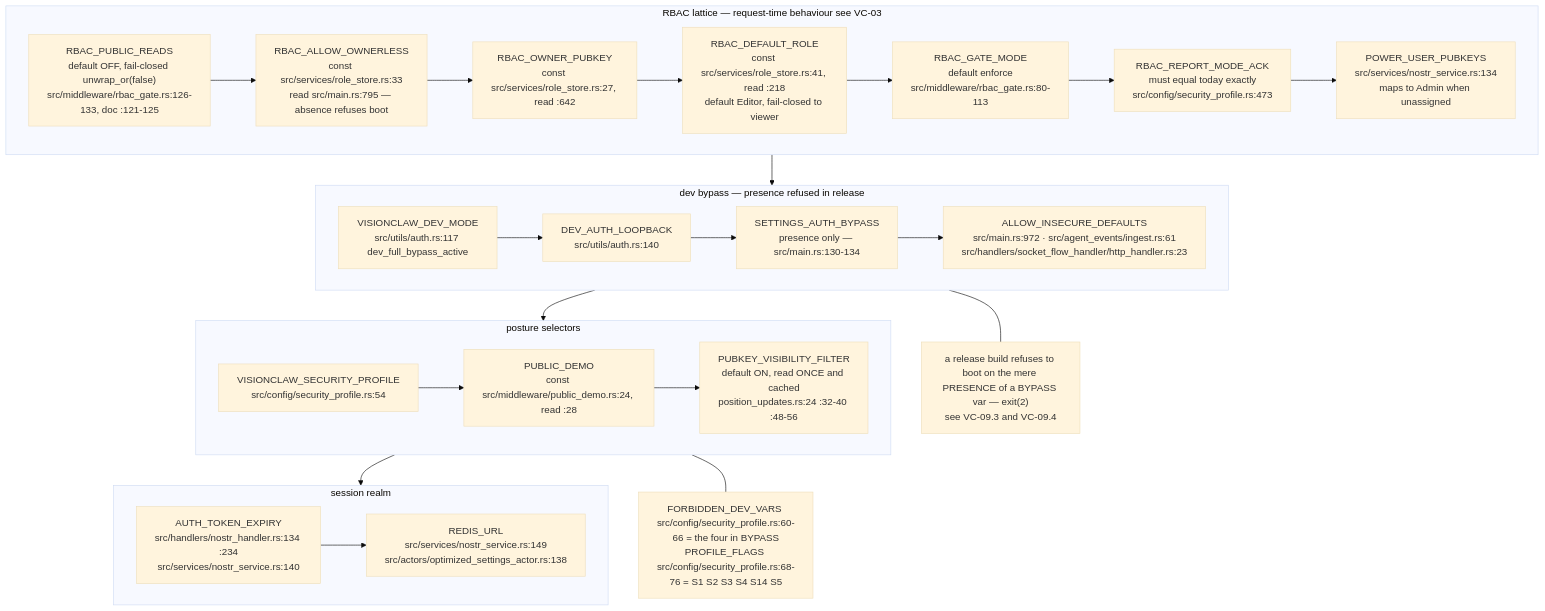
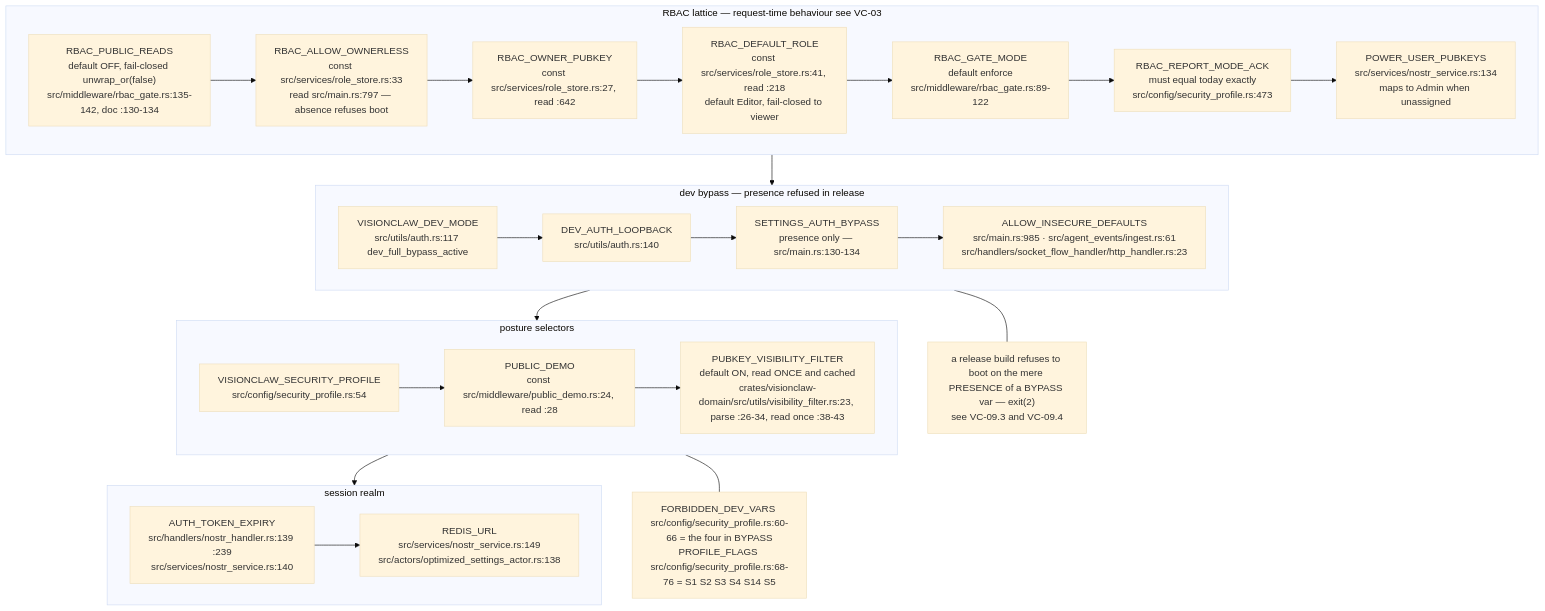
The ninth of 16 diagrams in docs/diagrams/visionclaw/09-config-and-env-flags.md (DreamLab-AI/VisionFlow), drawn with Mermaid (base theme) before and after one commit. The commit also changed other lines of this file and 160 other files, not shown here.

````diff
--- a/docs/diagrams/visionclaw/09-config-and-env-flags.md
+++ b/docs/diagrams/visionclaw/09-config-and-env-flags.md
@@ -409,20 +413,20 @@
 ```mermaid
 flowchart TB
     subgraph RBAC["RBAC lattice — request-time behaviour see VC-03"]
-        S1["RBAC_PUBLIC_READS<br/>default OFF, fail-closed unwrap_or(false)<br/>src/middleware/rbac_gate.rs:126-133, doc :121-125"] --> S2["RBAC_ALLOW_OWNERLESS<br/>const src/services/role_store.rs:33<br/>read src/main.rs:795 — absence refuses boot"] --> S3["RBAC_OWNER_PUBKEY<br/>const src/services/role_store.rs:27, read :642"] --> S4["RBAC_DEFAULT_ROLE<br/>const src/services/role_store.rs:41, read :218<br/>default Editor, fail-closed to viewer"] --> S5["RBAC_GATE_MODE<br/>default enforce<br/>src/middleware/rbac_gate.rs:80-113"] --> S6["RBAC_REPORT_MODE_ACK<br/>must equal today exactly<br/>src/config/security_profile.rs:473"] --> S7["POWER_USER_PUBKEYS<br/>src/services/nostr_service.rs:134<br/>maps to Admin when unassigned"]
+        S1["RBAC_PUBLIC_READS<br/>default OFF, fail-closed unwrap_or(false)<br/>src/middleware/rbac_gate.rs:135-142, doc :130-134"] --> S2["RBAC_ALLOW_OWNERLESS<br/>const src/services/role_store.rs:33<br/>read src/main.rs:797 — absence refuses boot"] --> S3["RBAC_OWNER_PUBKEY<br/>const src/services/role_store.rs:27, read :642"] --> S4["RBAC_DEFAULT_ROLE<br/>const src/services/role_store.rs:41, read :218<br/>default Editor, fail-closed to viewer"] --> S5["RBAC_GATE_MODE<br/>default enforce<br/>src/middleware/rbac_gate.rs:89-122"] --> S6["RBAC_REPORT_MODE_ACK<br/>must equal today exactly<br/>src/config/security_profile.rs:473"] --> S7["POWER_USER_PUBKEYS<br/>src/services/nostr_service.rs:134<br/>maps to Admin when unassigned"]
     end
     subgraph BYPASS["dev bypass — presence refused in release"]
-        S8["VISIONCLAW_DEV_MODE<br/>src/utils/auth.rs:117 dev_full_bypass_active"] --> S9["DEV_AUTH_LOOPBACK<br/>src/utils/auth.rs:140"] --> S10["SETTINGS_AUTH_BYPASS<br/>presence only — src/main.rs:130-134"] --> S11["ALLOW_INSECURE_DEFAULTS<br/>src/main.rs:972 · src/agent_events/ingest.rs:61<br/>src/handlers/socket_flow_handler/http_handler.rs:23"]
+        S8["VISIONCLAW_DEV_MODE<br/>src/utils/auth.rs:117 dev_full_bypass_active"] --> S9["DEV_AUTH_LOOPBACK<br/>src/utils/auth.rs:140"] --> S10["SETTINGS_AUTH_BYPASS<br/>presence only — src/main.rs:130-134"] --> S11["ALLOW_INSECURE_DEFAULTS<br/>src/main.rs:985 · src/agent_events/ingest.rs:61<br/>src/handlers/socket_flow_handler/http_handler.rs:23"]
     end
     subgraph POSTURE["posture selectors"]
-        S12["VISIONCLAW_SECURITY_PROFILE<br/>src/config/security_profile.rs:54"] --> S13["PUBLIC_DEMO<br/>const src/middleware/public_demo.rs:24, read :28"] --> S14["PUBKEY_VISIBILITY_FILTER<br/>default ON, read ONCE and cached<br/>position_updates.rs:24 :32-40 :48-56"]
+        S12["VISIONCLAW_SECURITY_PROFILE<br/>src/config/security_profile.rs:54"] --> S13["PUBLIC_DEMO<br/>const src/middleware/public_demo.rs:24, read :28"] --> S14["PUBKEY_VISIBILITY_FILTER<br/>default ON, read ONCE and cached<br/>crates/visionclaw-domain/src/utils/visibility_filter.rs:23, parse :26-34, read once :38-43"]
     end
     subgraph SESS["session realm"]
-        S15["AUTH_TOKEN_EXPIRY<br/>src/handlers/nostr_handler.rs:134 :234<br/>src/services/nostr_service.rs:140"] --> S16["REDIS_URL<br/>src/services/nostr_service.rs:149<br/>src/actors/optimized_settings_actor.rs:138"]
+        S15["AUTH_TOKEN_EXPIRY<br/>src/handlers/nostr_handler.rs:139 :239<br/>src/services/nostr_service.rs:140"] --> S16["REDIS_URL<br/>src/services/nostr_service.rs:149<br/>src/actors/optimized_settings_actor.rs:138"]
     end
     RBAC --> BYPASS --> POSTURE --> SESS
     N2["FORBIDDEN_DEV_VARS src/config/security_profile.rs:60-66 = the four in BYPASS<br/>PROFILE_FLAGS src/config/security_profile.rs:68-76 = S1 S2 S3 S4 S14 S5"]
     POSTURE --- N2
     N3["a release build refuses to boot on the mere PRESENCE of a BYPASS var — exit(2)<br/>see VC-09.3 and VC-09.4"]
     BYPASS --- N3
 ```
````
